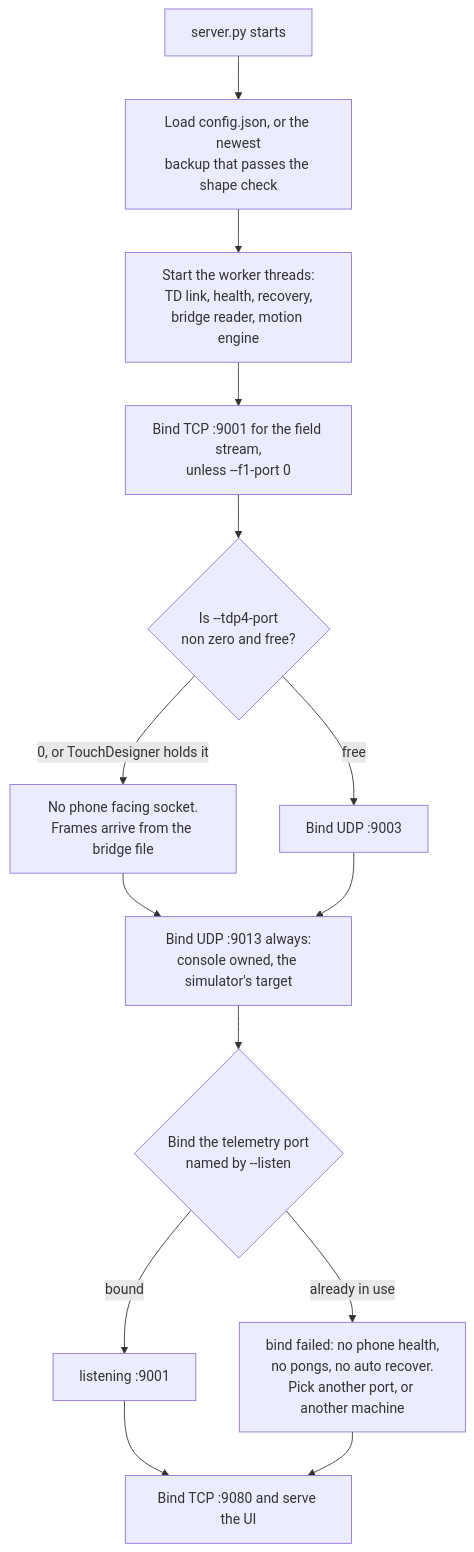
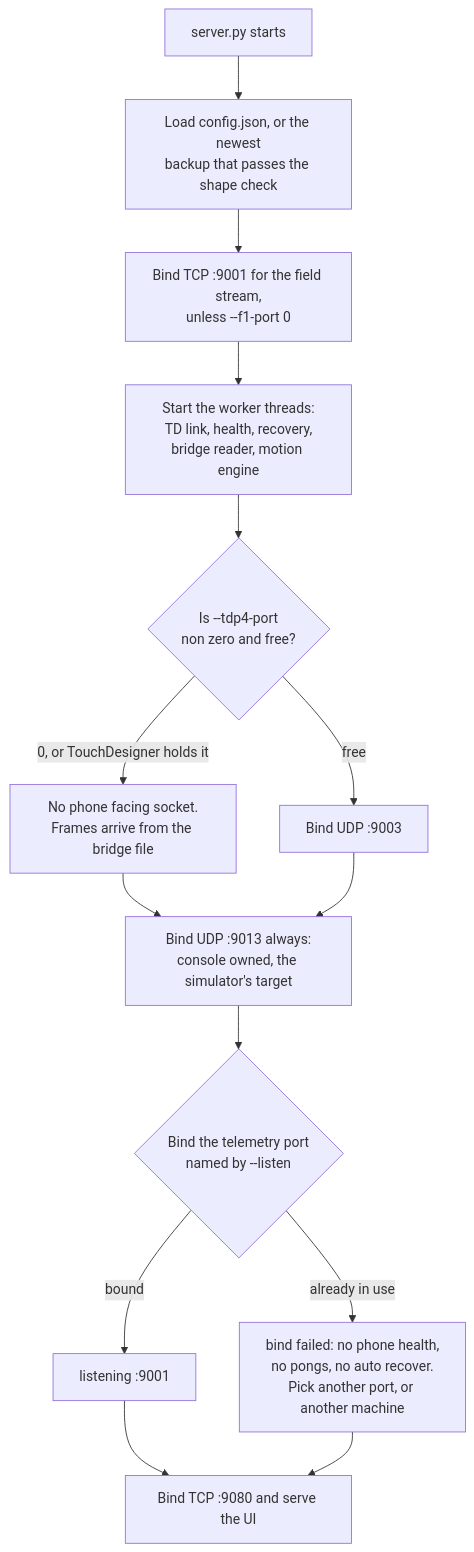
One commit to AristidesAI/TDStage-Docs changed the diagram in console/running.md. Above: the diagram before and after it, drawn with Mermaid. The commit also changed 4 other files, not shown here.

````diff
--- a/console/running.md
+++ b/console/running.md
@@ -145,16 +145,16 @@
 ```mermaid
 flowchart TD
   A["server.py starts"] --> B["Load config.json, or the newest<br/>backup that passes the shape check"]
-  B --> C["Start the worker threads:<br/>TD link, health, recovery,<br/>bridge reader, motion engine"]
-  C --> D["Bind TCP :9001 for the field stream,<br/>unless --f1-port 0"]
-  D --> E{"Is --tdp4-port<br/>non zero and free?"}
+  B --> D["Bind TCP :9001 for the field stream,<br/>unless --f1-port 0"]
+  D --> C["Start the worker threads:<br/>TD link, health, recovery,<br/>bridge reader, motion engine"]
+  C --> E{"Is --tdp4-port<br/>non zero and free?"}
   E -- "0, or TouchDesigner holds it" --> F["No phone facing socket.<br/>Frames arrive from the bridge file"]
   E -- "free" --> G["Bind UDP :9003"]
   F --> H["Bind UDP :9013 always:<br/>console owned, the simulator's target"]
   G --> H
   H --> I{"Bind the telemetry port<br/>named by --listen"}
   I -- "bound" --> J["listening :9001"]
   I -- "already in use" --> K["bind failed: no phone health,<br/>no pongs, no auto recover.<br/>Pick another port, or another machine"]
   J --> L["Bind TCP :9080 and serve the UI"]
   K --> L
 ```
````
